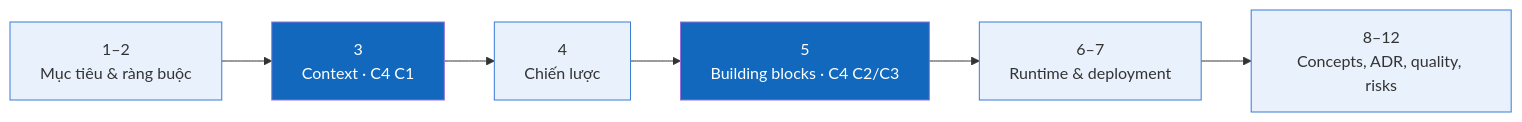
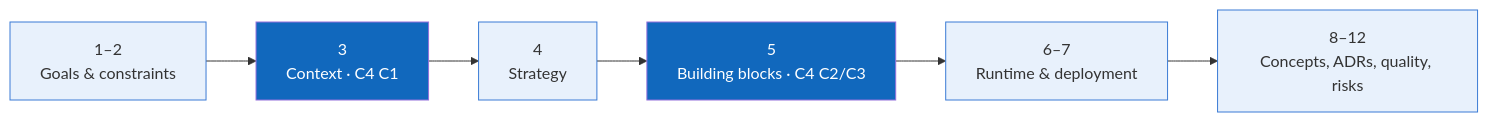
Before and after one commit to PhamHiep948/finance-manager: the diagram in docs/architecture/arc42/README.md, drawn with Mermaid. The commit also changed other lines of this file and 16 other files, not shown here.

````diff
--- a/docs/architecture/arc42/README.md
+++ b/docs/architecture/arc42/README.md
@@ -7,16 +7,16 @@
 ```mermaid
 flowchart LR
-    goals["1–2<br/>Mục tiêu & ràng buộc"]
+    goals["1–2<br/>Goals & constraints"]
     context["3<br/>Context · C4 C1"]
-    strategy["4<br/>Chiến lược"]
+    strategy["4<br/>Strategy"]
     blocks["5<br/>Building blocks · C4 C2/C3"]
     runtime["6–7<br/>Runtime & deployment"]
-    quality["8–12<br/>Concepts, ADR, quality, risks"]
+    quality["8–12<br/>Concepts, ADRs, quality, risks"]
     goals --> context --> strategy --> blocks --> runtime --> quality
     style context fill:#1168bd,color:#fff
     style blocks fill:#1168bd,color:#fff
     style goals fill:#e8f1fc,stroke:#3a7bd5
     style strategy fill:#e8f1fc,stroke:#3a7bd5
     style runtime fill:#e8f1fc,stroke:#3a7bd5
     style quality fill:#e8f1fc,stroke:#3a7bd5
 ```
````
